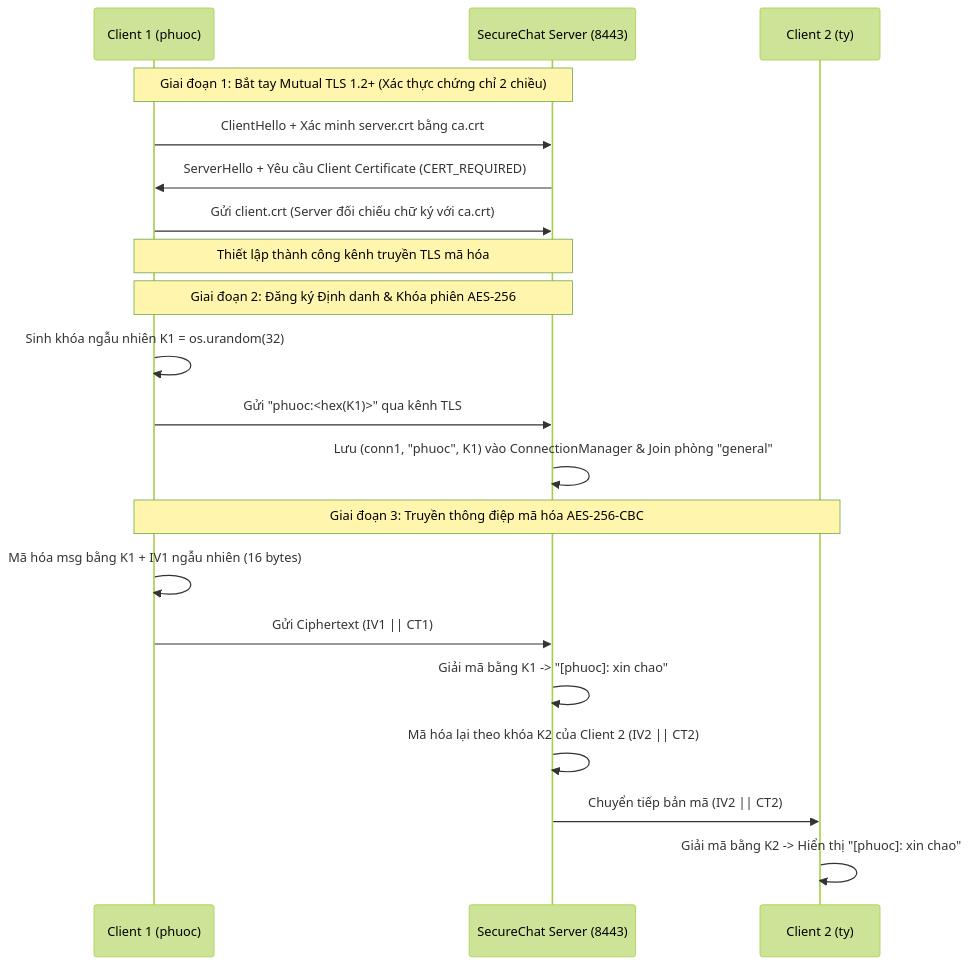
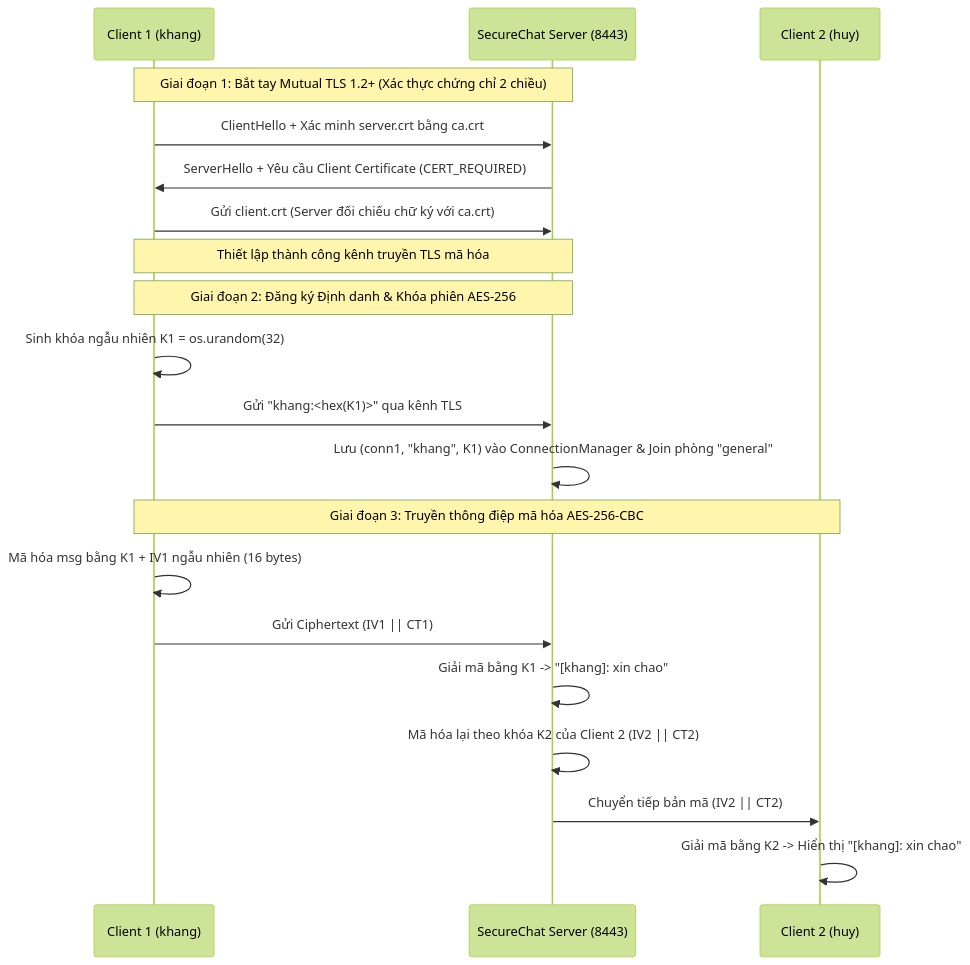
Before and after one commit to khang1233/THLTANTT: the diagram in Bai3/secure-chat/README.md, drawn with Mermaid (forest theme). The commit also changed 4 other files, not shown here.

````diff
--- a/Bai3/secure-chat/README.md
+++ b/Bai3/secure-chat/README.md
@@ -42,25 +42,25 @@
 ```mermaid
 sequenceDiagram
-    participant C1 as Client 1 (phuoc)
+    participant C1 as Client 1 (khang)
     participant S as SecureChat Server (8443)
-    participant C2 as Client 2 (ty)
+    participant C2 as Client 2 (huy)
 
     Note over C1,S: Giai đoạn 1: Bắt tay Mutual TLS 1.2+ (Xác thực chứng chỉ 2 chiều)
     C1->>S: ClientHello + Xác minh server.crt bằng ca.crt
     S->>C1: ServerHello + Yêu cầu Client Certificate (CERT_REQUIRED)
     C1->>S: Gửi client.crt (Server đối chiếu chữ ký với ca.crt)
     Note over C1,S: Thiết lập thành công kênh truyền TLS mã hóa
 
     Note over C1,S: Giai đoạn 2: Đăng ký Định danh & Khóa phiên AES-256
     C1->>C1: Sinh khóa ngẫu nhiên K1 = os.urandom(32)
-    C1->>S: Gửi "phuoc:<hex(K1)>" qua kênh TLS
-    S->>S: Lưu (conn1, "phuoc", K1) vào ConnectionManager & Join phòng "general"
+    C1->>S: Gửi "khang:<hex(K1)>" qua kênh TLS
+    S->>S: Lưu (conn1, "khang", K1) vào ConnectionManager & Join phòng "general"
 
     Note over C1,C2: Giai đoạn 3: Truyền thông điệp mã hóa AES-256-CBC
     C1->>C1: Mã hóa msg bằng K1 + IV1 ngẫu nhiên (16 bytes)
     C1->>S: Gửi Ciphertext (IV1 || CT1)
-    S->>S: Giải mã bằng K1 -> "[phuoc]: xin chao"
+    S->>S: Giải mã bằng K1 -> "[khang]: xin chao"
     S->>S: Mã hóa lại theo khóa K2 của Client 2 (IV2 || CT2)
     S->>C2: Chuyển tiếp bản mã (IV2 || CT2)
-    C2->>C2: Giải mã bằng K2 -> Hiển thị "[phuoc]: xin chao"
+    C2->>C2: Giải mã bằng K2 -> Hiển thị "[khang]: xin chao"
 ```
````
